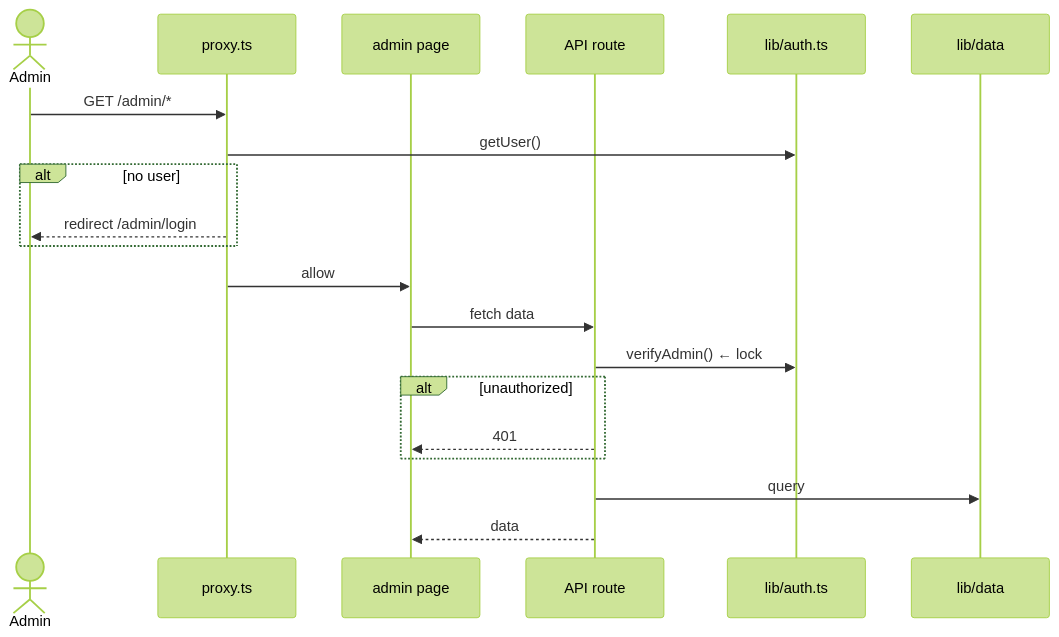
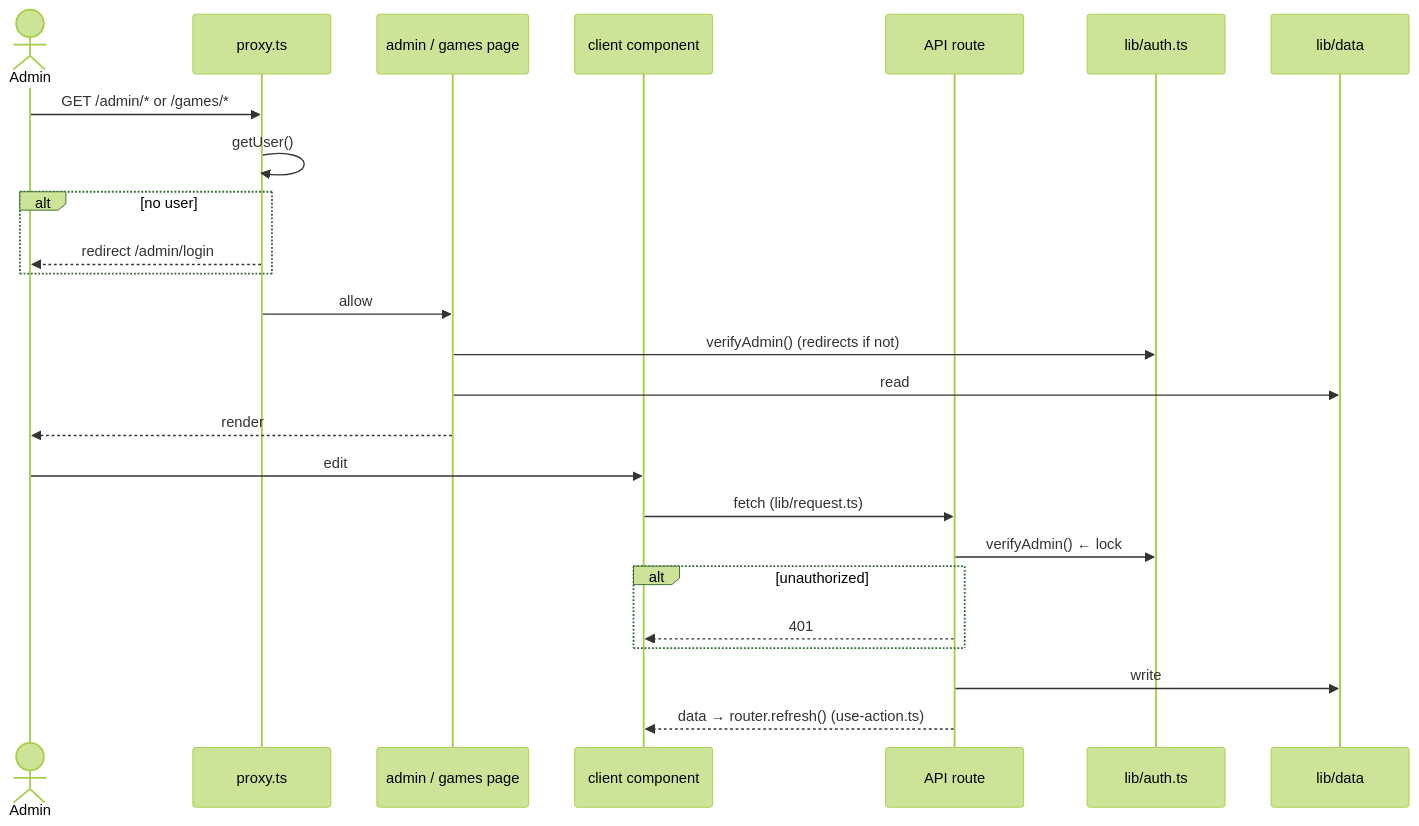
The fourth of 7 diagrams in docs/architecture.md (DmitriPer/weddingRsvp), drawn with Mermaid (forest theme) before and after one commit. The commit also changed other lines of this file and 22 other files, not shown here.

First line of the commit message:
Docs catch-up: statuses, progress, setup, architecture, CLAUDE.md

````diff
--- a/docs/architecture.md
+++ b/docs/architecture.md
@@ -218,23 +266,28 @@
 ```mermaid
 sequenceDiagram
     actor A as Admin
     participant PX as proxy.ts
-    participant PG as admin page
+    participant PG as admin / games page
+    participant C as client component
     participant R as API route
     participant AU as lib/auth.ts
     participant D as lib/data
 
-    A->>PX: GET /admin/*
-    PX->>AU: getUser()
+    A->>PX: GET /admin/* or /games/*
+    PX->>PX: getUser()
     alt no user
         PX-->>A: redirect /admin/login
     end
     PX->>PG: allow
-    PG->>R: fetch data
+    PG->>AU: verifyAdmin() (redirects if not)
+    PG->>D: read
+    PG-->>A: render
+    A->>C: edit
+    C->>R: fetch (lib/request.ts)
     R->>AU: verifyAdmin()  ← lock #2, independent
     alt unauthorized
-        R-->>PG: 401
+        R-->>C: 401
     end
-    R->>D: query
-    R-->>PG: data
+    R->>D: write
+    R-->>C: data → router.refresh() (use-action.ts)
 ```
````
